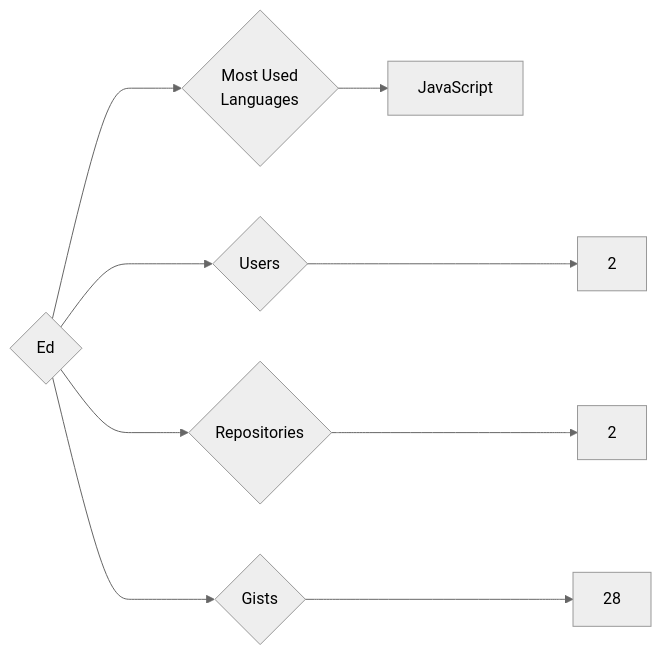
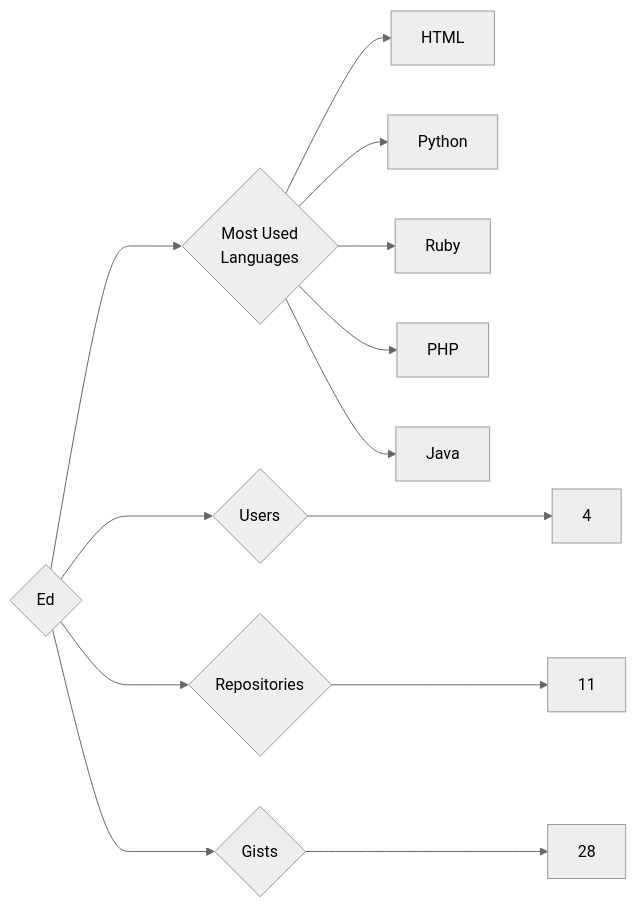
One commit to trickest/insiders changed the diagram in targets/Ed/README.md. Above: the diagram before and after it, drawn with Mermaid (neutral theme). The commit also changed 1020 other files, not shown here.

````diff
--- a/targets/Ed/README.md
+++ b/targets/Ed/README.md
@@ -3,9 +3,13 @@
 ```mermaid
 graph LR
 COMPANY_NAME{Ed}
-COMPANY_NAME ---> U{Users} ---> UN[2]
-COMPANY_NAME ---> R{Repositories} ---> RN[2]
+COMPANY_NAME ---> U{Users} ---> UN[4]
+COMPANY_NAME ---> R{Repositories} ---> RN[11]
 COMPANY_NAME ---> G{Gists} ---> GN[28]
 COMPANY_NAME ---> ML{Most Used<br>Languages}
-ML --> JavaScript[JavaScript]
+ML --> HTML[HTML]
+ML --> Python[Python]
+ML --> Ruby[Ruby]
+ML --> PHP[PHP]
+ML --> Java[Java]
 ```
````
